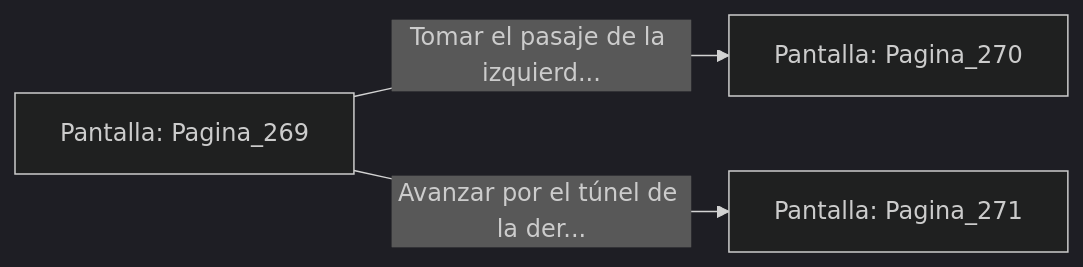
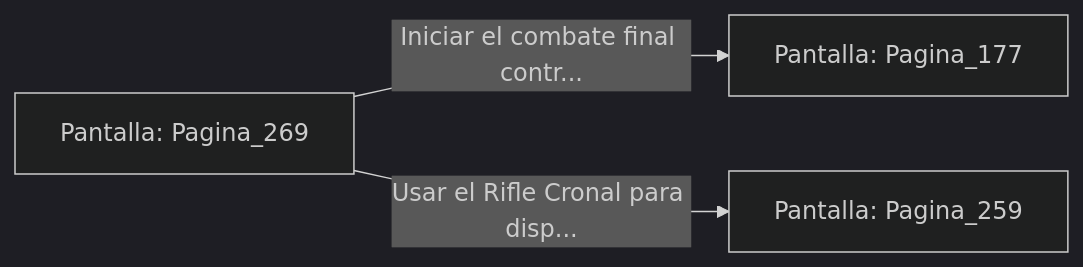
Before and after one commit to metsuke/mpl: the diagram in sample/eligejuego-vault/Pantalla_Pagina_269.md, drawn with Mermaid (dark theme). The commit also changed other lines of this file and 635 other files, not shown here.

First line of the commit message:
fix: añadir Pagina_1 como pantalla inicial en capitulo_01.mpl

````diff
--- a/sample/eligejuego-vault/Pantalla_Pagina_269.md
+++ b/sample/eligejuego-vault/Pantalla_Pagina_269.md
@@ -20,6 +24,6 @@
 ```mermaid
 graph LR
     P_Pagina_269["Pantalla: Pagina_269"]
-    P_Pagina_269 -->|"Tomar el pasaje de la izquierd..."| P_Pagina_270["Pantalla: Pagina_270"]
-    P_Pagina_269 -->|"Avanzar por el túnel de la der..."| P_Pagina_271["Pantalla: Pagina_271"]
+    P_Pagina_269 -->|"Iniciar el combate final contr..."| P_Pagina_177["Pantalla: Pagina_177"]
+    P_Pagina_269 -->|"Usar el Rifle Cronal para disp..."| P_Pagina_259["Pantalla: Pagina_259"]
 ```
````
